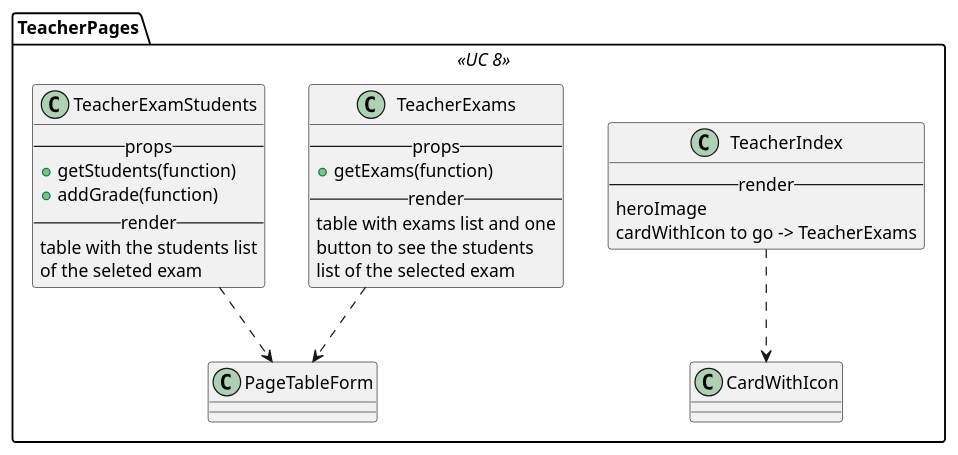
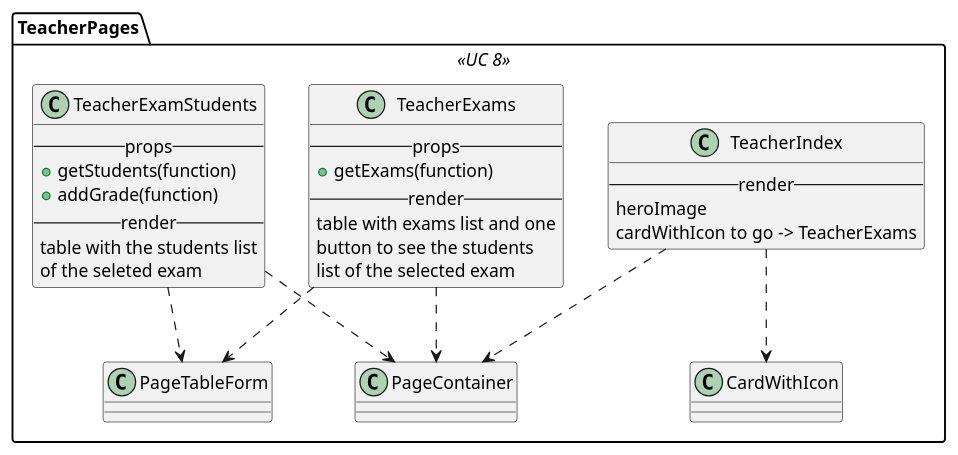
One commit to M9k/Marvin-Uml changed the diagram in react/teacher/index.iuml. Above: the diagram before and after it, drawn with PlantUML. The commit also changed 9 other files, not shown here.

Commit message:
Possibile proposta di UML per react

```diff
--- a/react/teacher/index.iuml
+++ b/react/teacher/index.iuml
@@ -1,30 +1,33 @@
 package TeacherPages <<UC 8>> {
 
 class TeacherIndex {
     --render--
         heroImage
         cardWithIcon to go -> TeacherExams
 }
 TeacherIndex ..> CardWithIcon
+TeacherIndex ..> PageContainer
 
 class TeacherExams {
     --props--
         + getExams(function)
     --render--
     table with exams list and one
     button to see the students
     list of the selected exam
 }
 TeacherExams ..> PageTableForm
+TeacherExams ..> PageContainer
 
 class TeacherExamStudents {
     --props--
         + getStudents(function)
         + addGrade(function)
     --render--
     table with the students list
     of the seleted exam
 }
 TeacherExamStudents ..> PageTableForm
+TeacherExamStudents ..> PageContainer
 
 }
```
